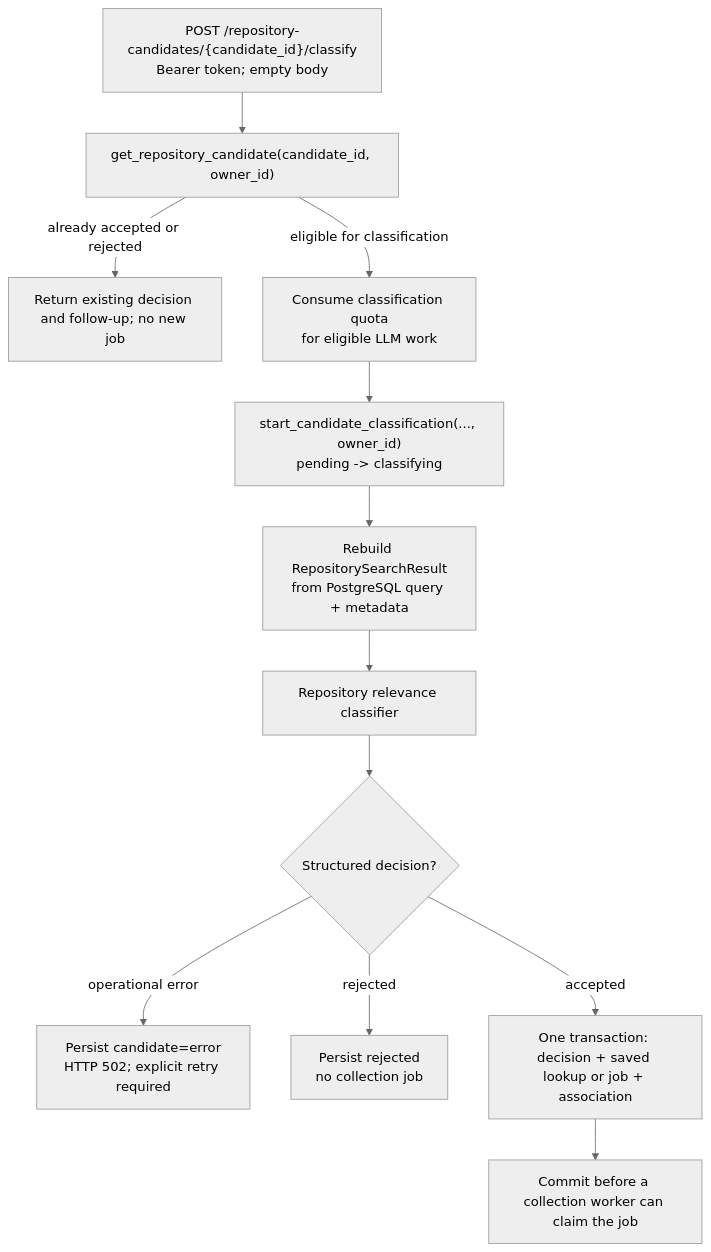
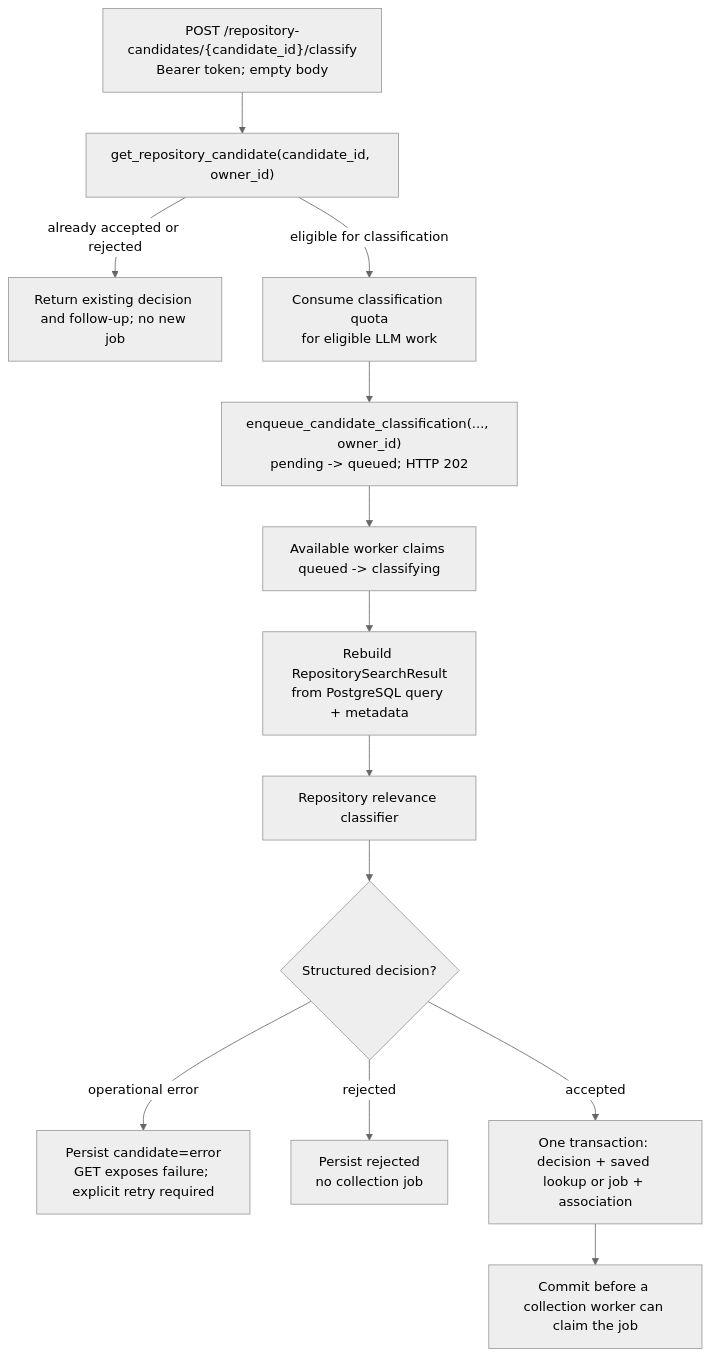
The second of 3 diagrams in docs/collector-pipeline-diagram.md (nicolasberlin/global-health-dataset-catalog), drawn with Mermaid (neutral theme) before and after one commit. The commit also changed other lines of this file and 28 other files, not shown here.

Commit message:
Persist classification requests and restore analysis tracking

````diff
--- a/docs/collector-pipeline-diagram.md
+++ b/docs/collector-pipeline-diagram.md
@@ -35,15 +35,16 @@
 ```mermaid
 flowchart TD
     UI["POST /repository-candidates/{candidate_id}/classify<br/>Bearer token; empty body"]
     UI --> Load["get_repository_candidate(candidate_id, owner_id)"]
     Load -->|already accepted or rejected| Existing["Return existing decision and follow-up; no new job"]
     Load -->|eligible for classification| Quota["Consume classification quota<br/>for eligible LLM work"]
-    Quota --> Reserve["start_candidate_classification(..., owner_id)<br/>pending -> classifying"]
-    Reserve --> Trusted["Rebuild RepositorySearchResult<br/>from PostgreSQL query + metadata"]
+    Quota --> Reserve["enqueue_candidate_classification(..., owner_id)<br/>pending -> queued; HTTP 202"]
+    Reserve --> Claim["Available worker claims queued -> classifying"]
+    Claim --> Trusted["Rebuild RepositorySearchResult<br/>from PostgreSQL query + metadata"]
     Trusted --> LLM["Repository relevance classifier"]
     LLM --> Outcome{"Structured decision?"}
-    Outcome -->|operational error| Error["Persist candidate=error<br/>HTTP 502; explicit retry required"]
+    Outcome -->|operational error| Error["Persist candidate=error<br/>GET exposes failure; explicit retry required"]
     Outcome -->|rejected| Rejected["Persist rejected<br/>no collection job"]
     Outcome -->|accepted| Accepted["One transaction: decision + saved lookup or job + association"]
     Accepted --> Job["Commit before a collection worker can claim the job"]
 ```
````
